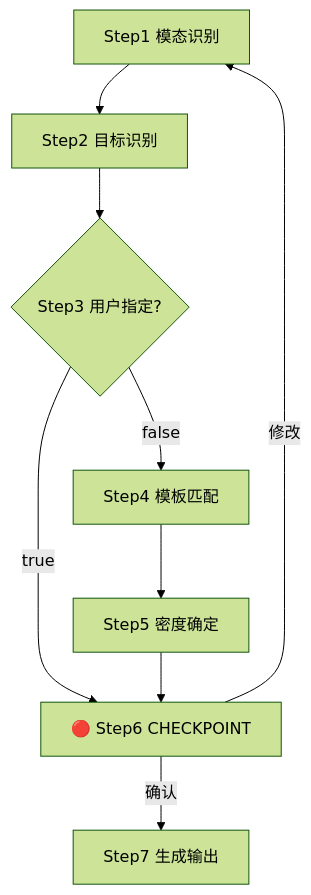
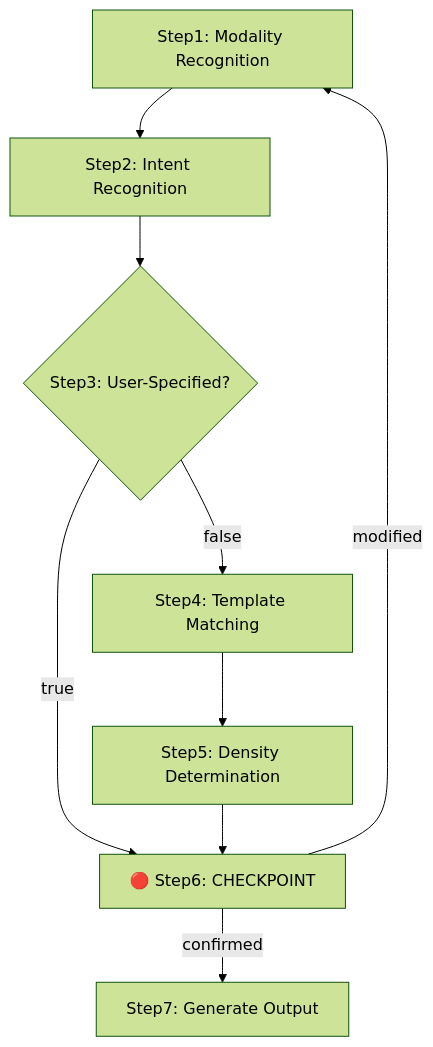
One commit to Kirky-X/cangjie changed the diagram in SKILL.md. Above: the diagram before and after it, drawn with Mermaid (forest theme). The commit also changed other lines of this file and 46 other files, not shown here.

````diff
--- a/SKILL.md
+++ b/SKILL.md
@@ -64,11 +62,11 @@
 ```mermaid
 flowchart TD
-    S1["Step1 模态识别"] --> S2["Step2 目标识别"]
-    S2 --> S3{"Step3 用户指定?"}
-    S3 -- true --> S6["🔴 Step6 CHECKPOINT"]
-    S3 -- false --> S4["Step4 模板匹配"]
-    S4 --> S5["Step5 密度确定"]
+    S1["Step1: Modality Recognition"] --> S2["Step2: Intent Recognition"]
+    S2 --> S3{"Step3: User-Specified?"}
+    S3 -- true --> S6["🔴 Step6: CHECKPOINT"]
+    S3 -- false --> S4["Step4: Template Matching"]
+    S4 --> S5["Step5: Density Determination"]
     S5 --> S6
-    S6 -- 确认 --> S7["Step7 生成输出"]
-    S6 -- 修改 --> S1
+    S6 -- confirmed --> S7["Step7: Generate Output"]
+    S6 -- modified --> S1
 ```
````
